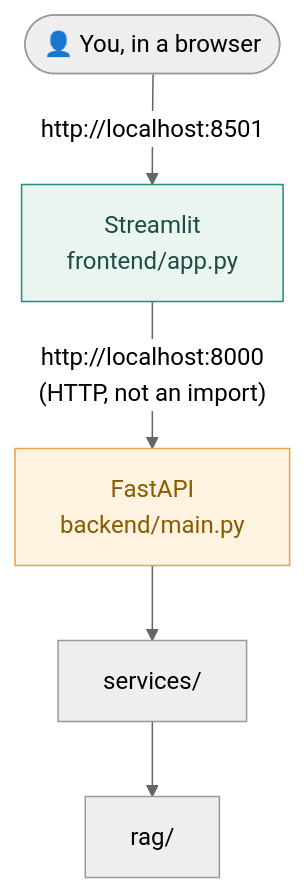
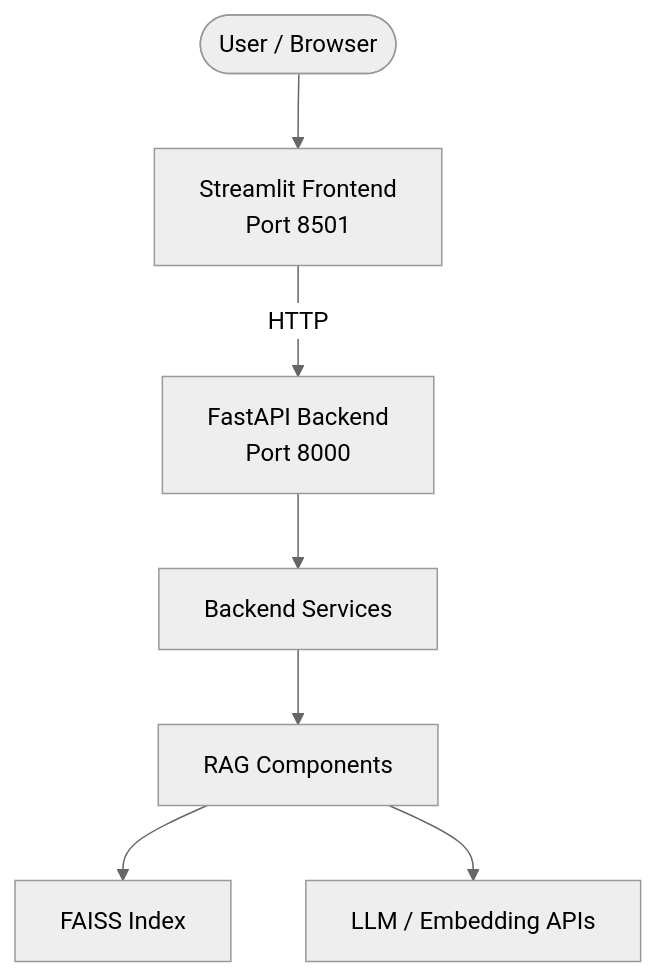
One commit to venkatarachanta-create/Multi-Doc-Assist changed the second of 5 diagrams in Live/Production_files/README.md. Above: the diagram before and after it, drawn with Mermaid (neutral theme). The commit also changed other lines of this file and 1 other file, not shown here.

````diff
--- a/Live/Production_files/README.md
+++ b/Live/Production_files/README.md
@@ -42,9 +148,17 @@
 ```mermaid
 flowchart TB
-    USER(["👤 You, in a browser"]) -->|"http://localhost:8501"| STREAMLIT
-    STREAMLIT["Streamlit<br/>frontend/app.py"] -->|"http://localhost:8000<br/>(HTTP, not an import)"| FASTAPI["FastAPI<br/>backend/main.py"]
-    FASTAPI --> SERVICES["services/"] --> RAG["rag/"]
+    USER(["User / Browser"])
+    UI["Streamlit Frontend<br/>Port 8501"]
+    API["FastAPI Backend<br/>Port 8000"]
+    SERVICES["Backend Services"]
+    RAG["RAG Components"]
+    VECTOR["FAISS Index"]
+    LLM["LLM / Embedding APIs"]
 
-    style STREAMLIT fill:#EAF5F0,stroke:#1E8C7E,color:#1B4D45
-    style FASTAPI fill:#FDF3E0,stroke:#E8A33D,color:#8A5A00
+    USER --> UI
+    UI -->|HTTP| API
+    API --> SERVICES
+    SERVICES --> RAG
+    RAG --> VECTOR
+    RAG --> LLM
 ```
````
